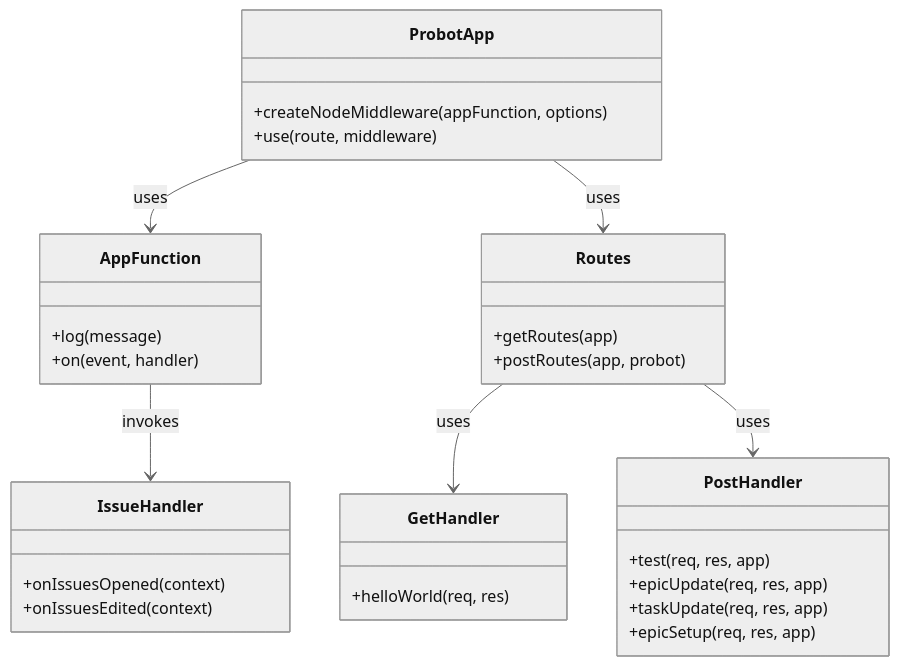
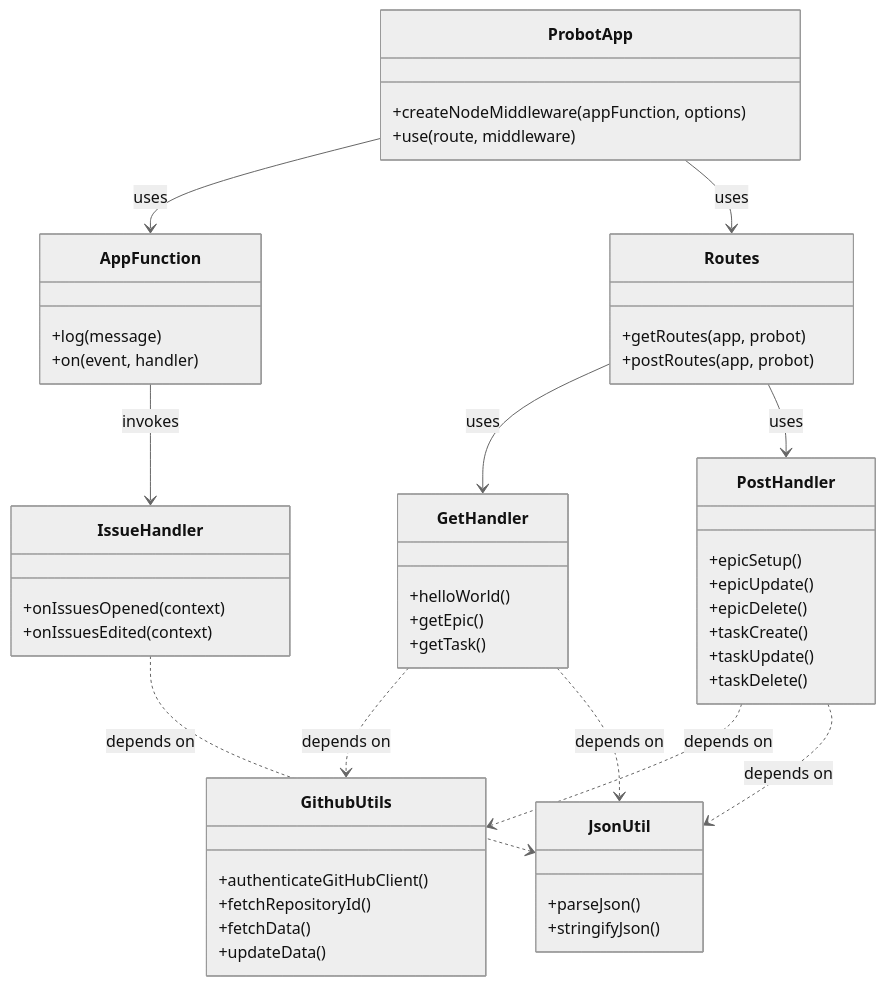
Before and after one commit to TrackPointDev/.github: the diagram in diagrams/class-diagram-ghApp.md, drawn with Mermaid (neutral theme). The commit also changed 1 other file, not shown here.

Commit message:
add sequence diagram and further function on ghApp

````diff
--- a/diagrams/class-diagram-ghApp.md
+++ b/diagrams/class-diagram-ghApp.md
@@ -1,39 +1,61 @@
 ```mermaid
 classDiagram
     class ProbotApp {
         +createNodeMiddleware(appFunction, options)
         +use(route, middleware)
     }
 
     class AppFunction {
         +log(message)
         +on(event, handler)
     }
 
     class IssueHandler {
         +onIssuesOpened(context)
         +onIssuesEdited(context)
     }
 
     class Routes {
-        +getRoutes(app)
+        +getRoutes(app, probot)
         +postRoutes(app, probot)
     }
 
     class GetHandler {
-        +helloWorld(req, res)
+        +helloWorld()
+        +getEpic()
+        +getTask()
     }
 
     class PostHandler {
-        +test(req, res, app)
-        +epicUpdate(req, res, app)
-        +taskUpdate(req, res, app)
-        +epicSetup(req, res, app)
+        +epicSetup()
+        +epicUpdate()
+        +epicDelete()
+        +taskCreate()
+        +taskUpdate()
+        +taskDelete()
+    }
+
+    class GithubUtils {
+        +authenticateGitHubClient()
+        +fetchRepositoryId()
+        +fetchData()
+        +updateData()
+    }
+
+    class JsonUtil {
+        +parseJson()
+        +stringifyJson()
     }
 
     ProbotApp --> AppFunction : uses
     AppFunction --> IssueHandler : invokes
     ProbotApp --> Routes : uses
     Routes --> GetHandler : uses
     Routes --> PostHandler : uses
+    GetHandler ..> GithubUtils : depends on
+    PostHandler ..> GithubUtils : depends on
+    GetHandler ..> JsonUtil : depends on
+    PostHandler ..> JsonUtil : depends on
+    IssueHandler ..> JsonUtil : depends on
+
 ```
````
